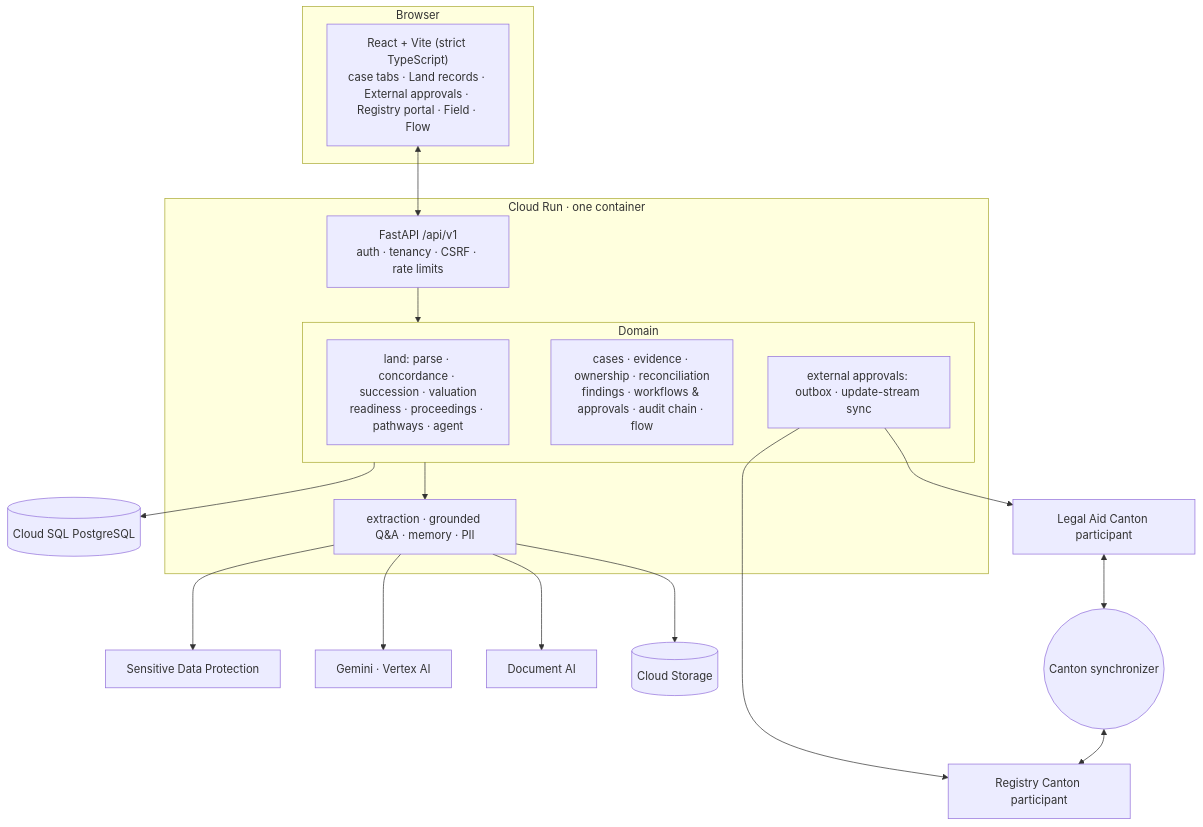
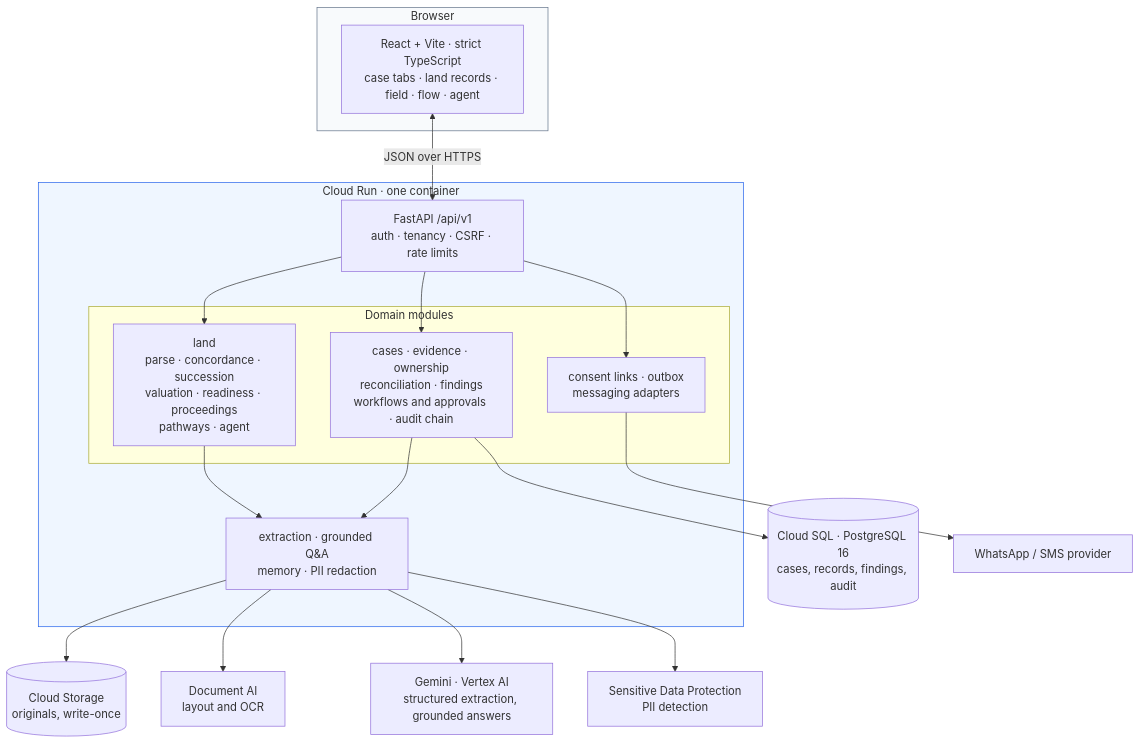
One commit to Ground-work-gcp/Groundwork changed the sixth of 6 diagrams in README.md. Above: the diagram before and after it, drawn with Mermaid. The commit also changed other lines of this file, not shown here.

First line of the commit message:
Rewrite README: remove Canton from scope, add novelty markers and updated Mermaid diagrams

````diff
--- a/README.md
+++ b/README.md
@@ -119,20 +231,33 @@
 ```mermaid
 flowchart TB
-    subgraph Browser
-      UI["React + Vite (strict TypeScript)<br/>case tabs · Land records · External approvals · Registry portal · Field · Flow"]
+    subgraph Browser["Browser"]
+      UI["React + Vite · strict TypeScript<br/>case tabs · land records · field · flow · agent"]
     end
+
     subgraph CloudRun["Cloud Run · one container"]
       API["FastAPI /api/v1<br/>auth · tenancy · CSRF · rate limits"]
-      subgraph Domain
-        LAND["land: parse · concordance · succession · valuation<br/>readiness · proceedings · pathways · agent"]
-        CORE["cases · evidence · ownership · reconciliation<br/>findings · workflows & approvals · audit chain · flow"]
-        EXT["external approvals: outbox · update-stream sync"]
+      subgraph Domain["Domain modules"]
+        LAND["land<br/>parse · concordance · succession<br/>valuation · readiness · proceedings<br/>pathways · agent"]
+        CORE["cases · evidence · ownership<br/>reconciliation · findings<br/>workflows and approvals · audit chain"]
+        CONSENT["consent links · outbox<br/>messaging adapters"]
       end
-      SVC["extraction · grounded Q&A · memory · PII"]
+      SVC["extraction · grounded Q&A<br/>memory · PII redaction"]
     end
-    UI <--> API --> Domain --> SVC
-    SVC --> GCS[(Cloud Storage)] & DAI[Document AI] & GEM[Gemini · Vertex AI] & SDP[Sensitive Data Protection]
-    Domain --> SQL[(Cloud SQL PostgreSQL)]
-    EXT --> LAP["Legal Aid Canton participant"] & RGP["Registry Canton participant"]
-    LAP <--> SYNC(("Canton synchronizer")) <--> RGP
+
+    UI <-->|"JSON over HTTPS"| API
+    API --> LAND
+    API --> CORE
+    API --> CONSENT
+    LAND --> SVC
+    CORE --> SVC
+
+    SVC --> GCS[("Cloud Storage<br/>originals, write-once")]
+    SVC --> DAI["Document AI<br/>layout and OCR"]
+    SVC --> GEM["Gemini · Vertex AI<br/>structured extraction, grounded answers"]
+    SVC --> SDP["Sensitive Data Protection<br/>PII detection"]
+    CORE --> SQL[("Cloud SQL · PostgreSQL 16<br/>cases, records, findings, audit")]
+    CONSENT --> MSG["WhatsApp / SMS provider"]
+
+    style Browser fill:#f8fafc,stroke:#64748b
+    style CloudRun fill:#eff6ff,stroke:#2563eb
 ```
````
